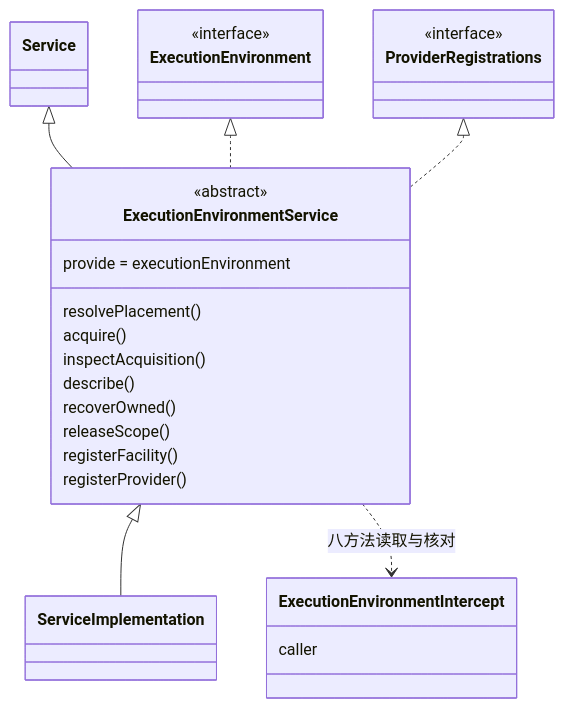
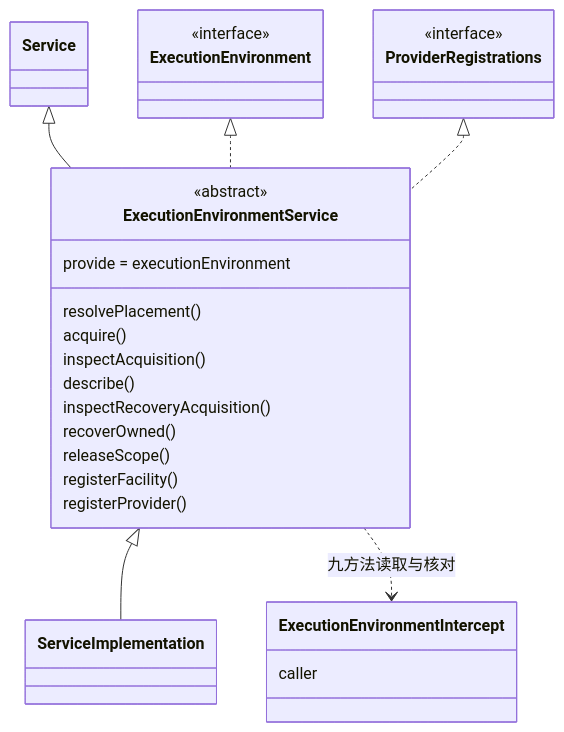
Before and after one commit to nemori-ai/omne-harness-lite: the diagram in packages/execution/execution-environment-cordis-contract/docs/object-model.md, drawn with Mermaid. The commit also changed other lines of this file and 136 other files, not shown here.

````diff
--- a/packages/execution/execution-environment-cordis-contract/docs/object-model.md
+++ b/packages/execution/execution-environment-cordis-contract/docs/object-model.md
@@ -16,31 +17,32 @@
 ```mermaid
 classDiagram
   class Service
   class ExecutionEnvironmentService {
     <<abstract>>
     provide = executionEnvironment
     resolvePlacement()
     acquire()
     inspectAcquisition()
     describe()
+    inspectRecoveryAcquisition()
     recoverOwned()
     releaseScope()
     registerFacility()
     registerProvider()
   }
   class ExecutionEnvironmentIntercept {
     caller
   }
   class ExecutionEnvironment {
     <<interface>>
   }
   class ProviderRegistrations {
     <<interface>>
   }
   class ServiceImplementation
   Service <|-- ExecutionEnvironmentService
   ExecutionEnvironment <|.. ExecutionEnvironmentService
   ProviderRegistrations <|.. ExecutionEnvironmentService
   ExecutionEnvironmentService <|-- ServiceImplementation
-  ExecutionEnvironmentService ..> ExecutionEnvironmentIntercept : 八方法读取与核对
+  ExecutionEnvironmentService ..> ExecutionEnvironmentIntercept : 九方法读取与核对
 ```
````
